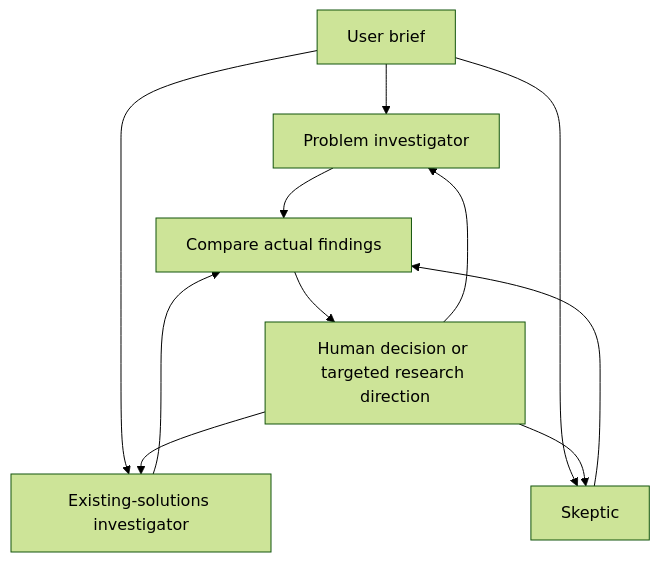
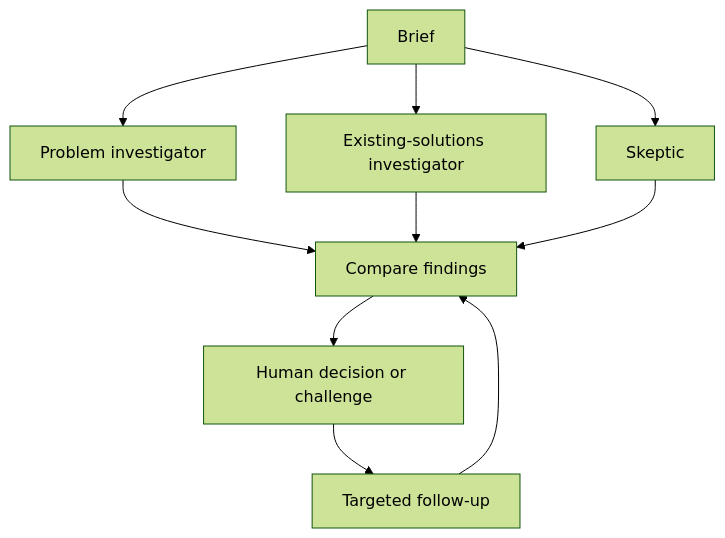
The diagram in docs/PROJECT.md (hv-ai/three-angles), drawn with Mermaid (forest theme) before and after one commit. The commit also changed other lines of this file and 3 other files, not shown here.

````diff
--- a/docs/PROJECT.md
+++ b/docs/PROJECT.md
@@ -15,13 +7,12 @@
 ```mermaid
 flowchart TD
-  A[User brief] --> B[Problem investigator]
+  A[Brief] --> B[Problem investigator]
   A --> C[Existing-solutions investigator]
   A --> D[Skeptic]
-  B --> E[Compare actual findings]
+  B --> E[Compare findings]
   C --> E
   D --> E
-  E --> F[Human decision or targeted research direction]
-  F --> B
-  F --> C
-  F --> D
+  E --> F[Human decision or challenge]
+  F --> G[Targeted follow-up]
+  G --> E
 ```
````
